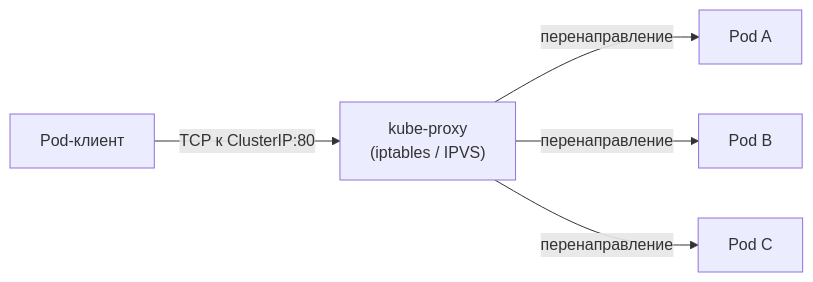
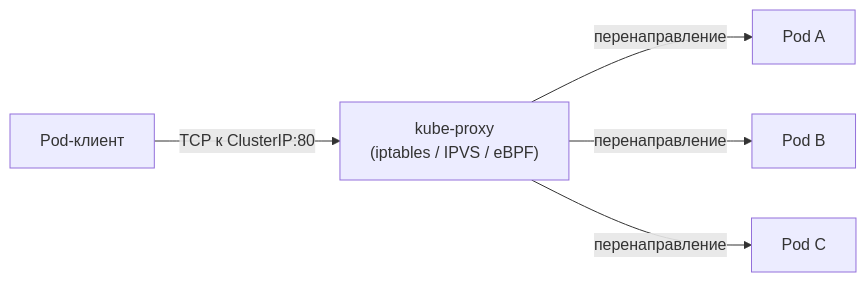
The ninth of 17 diagrams in slides/lectures/07.md (filberol/course_in_container), drawn with Mermaid before and after one commit. The commit also changed other lines of this file and 16 other files, not shown here.

````diff
--- a/slides/lectures/07.md
+++ b/slides/lectures/07.md
@@ -433,7 +438,7 @@
 ```mermaid {scale: 0.7}
 flowchart LR
-    CLIENT["Pod-клиент"] -->|"TCP к ClusterIP:80"| KP["kube-proxy<br/>(iptables / IPVS)"]
+    CLIENT["Pod-клиент"] -->|"TCP к ClusterIP:80"| KP["kube-proxy<br/>(iptables / IPVS / eBPF)"]
     KP -->|"перенаправление"| P1["Pod A"]
     KP -->|"перенаправление"| P2["Pod B"]
     KP -->|"перенаправление"| P3["Pod C"]
 ```
````
